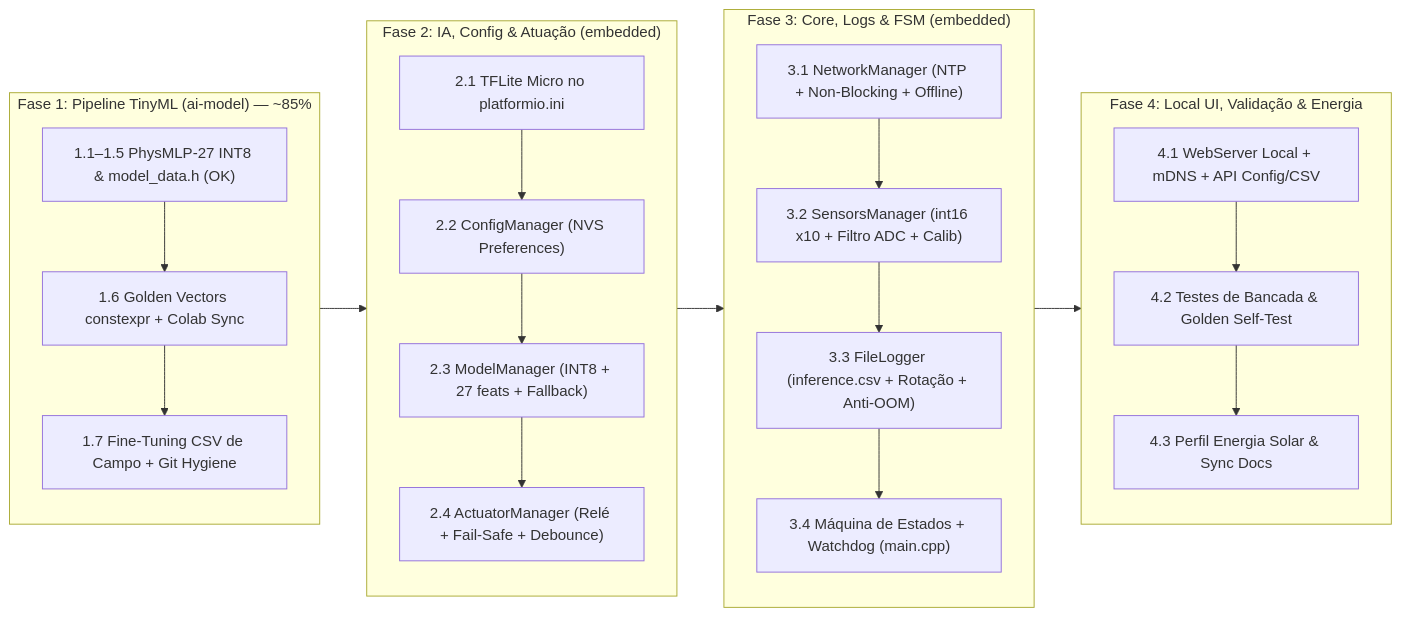
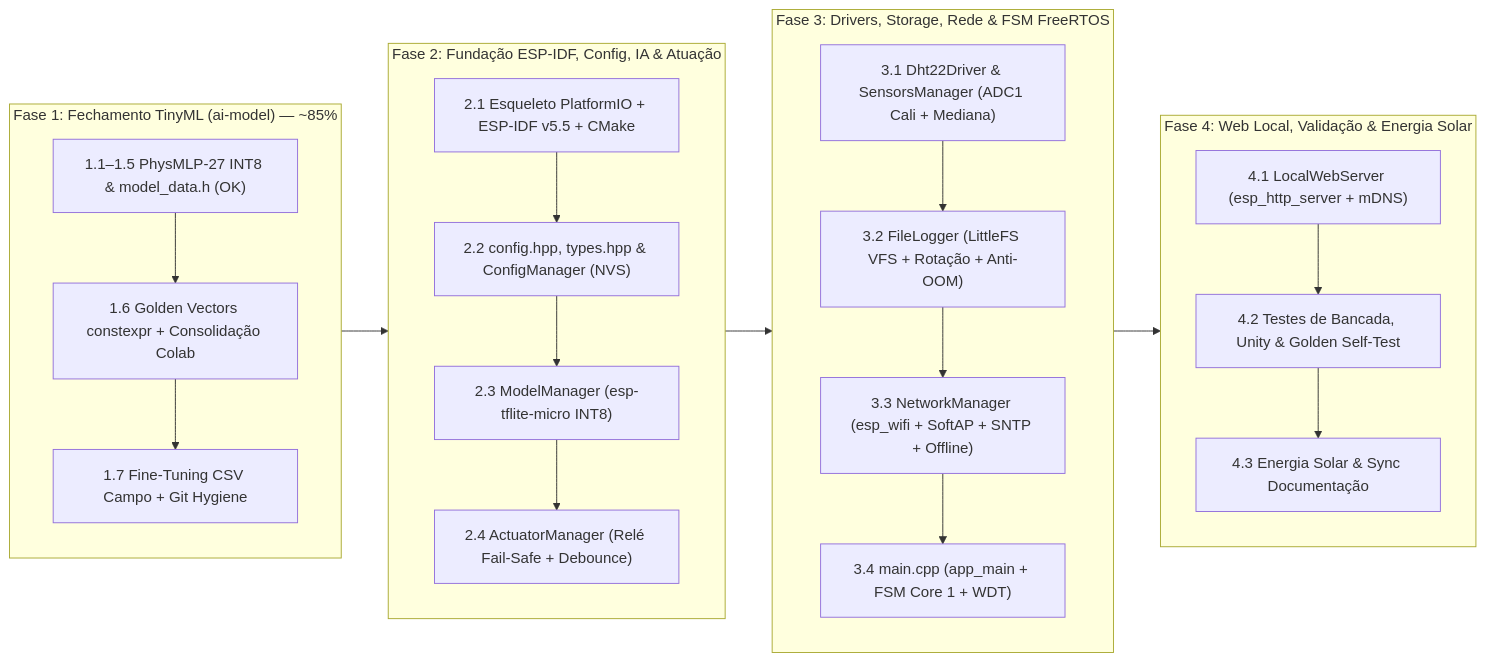
Before and after one commit to pibex2026/sistema-de-irrigacao-inteligente: the second of 2 diagrams in docs/ACTION_PLAN_AI_FIRMWARE.md, drawn with Mermaid. The commit also changed other lines of this file, not shown here.

````diff
--- a/docs/ACTION_PLAN_AI_FIRMWARE.md
+++ b/docs/ACTION_PLAN_AI_FIRMWARE.md
@@ -117,26 +173,26 @@
 ```mermaid
 flowchart LR
-    subgraph FASE1["Fase 1: Pipeline TinyML (ai-model) — ~85%"]
-        A1["1.1–1.5 PhysMLP-27 INT8 & model_data.h (OK)"] --> A2["1.6 Golden Vectors constexpr + Colab Sync"]
-        A2 --> A3["1.7 Fine-Tuning CSV de Campo + Git Hygiene"]
+    subgraph FASE1["Fase 1: Fechamento TinyML (ai-model) — ~85%"]
+        A1["1.1–1.5 PhysMLP-27 INT8 & model_data.h (OK)"] --> A2["1.6 Golden Vectors constexpr + Consolidação Colab"]
+        A2 --> A3["1.7 Fine-Tuning CSV Campo + Git Hygiene"]
     end
 
-    subgraph FASE2["Fase 2: IA, Config & Atuação (embedded)"]
-        B1["2.1 TFLite Micro no platformio.ini"] --> B2["2.2 ConfigManager (NVS Preferences)"]
-        B2 --> B3["2.3 ModelManager (INT8 + 27 feats + Fallback)"]
-        B3 --> B4["2.4 ActuatorManager (Relé + Fail-Safe + Debounce)"]
+    subgraph FASE2["Fase 2: Fundação ESP-IDF, Config, IA & Atuação"]
+        B1["2.1 Esqueleto PlatformIO + ESP-IDF v5.5 + CMake"] --> B2["2.2 config.hpp, types.hpp & ConfigManager (NVS)"]
+        B2 --> B3["2.3 ModelManager (esp-tflite-micro INT8)"]
+        B3 --> B4["2.4 ActuatorManager (Relé Fail-Safe + Debounce)"]
     end
 
-    subgraph FASE3["Fase 3: Core, Logs & FSM (embedded)"]
-        C1["3.1 NetworkManager (NTP + Non-Blocking + Offline)"] --> C2["3.2 SensorsManager (int16 x10 + Filtro ADC + Calib)"]
-        C2 --> C3["3.3 FileLogger (inference.csv + Rotação + Anti-OOM)"]
-        C3 --> C4["3.4 Máquina de Estados + Watchdog (main.cpp)"]
+    subgraph FASE3["Fase 3: Drivers, Storage, Rede & FSM FreeRTOS"]
+        C1["3.1 Dht22Driver & SensorsManager (ADC1 Cali + Mediana)"] --> C2["3.2 FileLogger (LittleFS VFS + Rotação + Anti-OOM)"]
+        C2 --> C3["3.3 NetworkManager (esp_wifi + SoftAP + SNTP + Offline)"]
+        C3 --> C4["3.4 main.cpp (app_main + FSM Core 1 + WDT)"]
     end
 
-    subgraph FASE4["Fase 4: Local UI, Validação & Energia"]
-        D1["4.1 WebServer Local + mDNS + API Config/CSV"] --> D2["4.2 Testes de Bancada & Golden Self-Test"]
-        D2 --> D3["4.3 Perfil Energia Solar & Sync Docs"]
+    subgraph FASE4["Fase 4: Web Local, Validação & Energia Solar"]
+        D1["4.1 LocalWebServer (esp_http_server + mDNS)"] --> D2["4.2 Testes de Bancada, Unity & Golden Self-Test"]
+        D2 --> D3["4.3 Energia Solar & Sync Documentação"]
     end
 
     FASE1 --> FASE2 --> FASE3 --> FASE4
 ```
````
